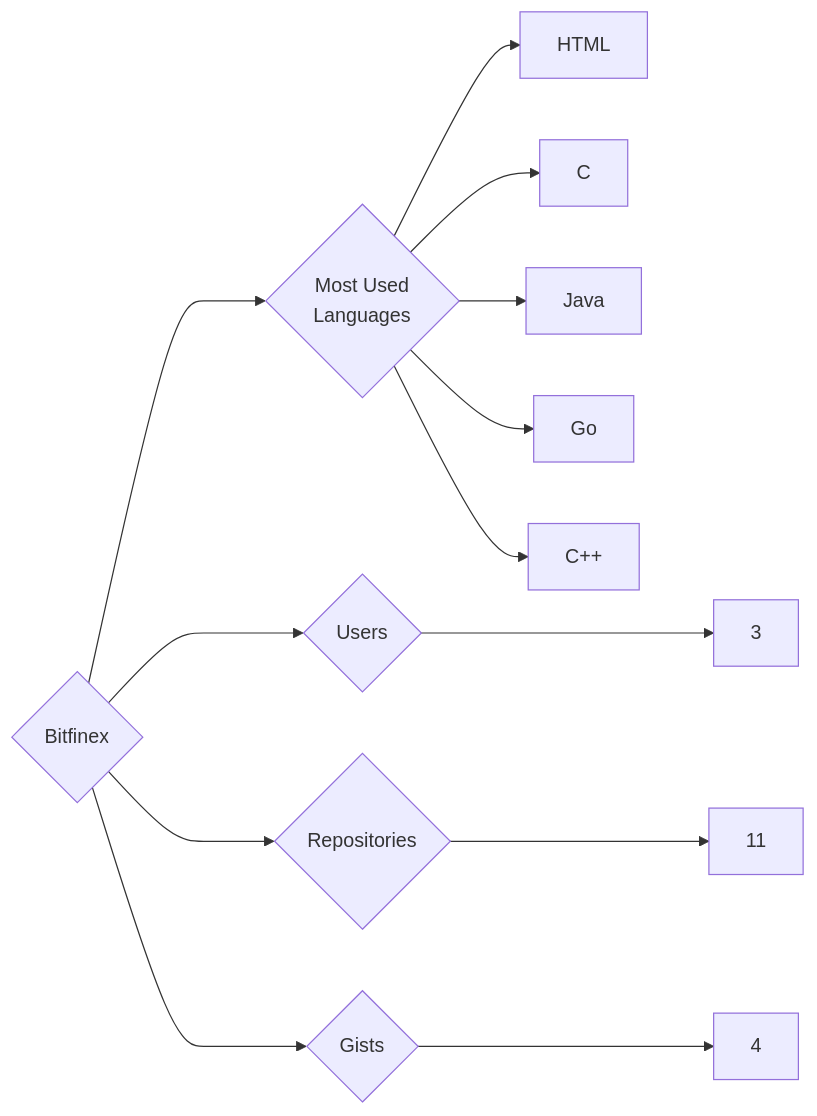
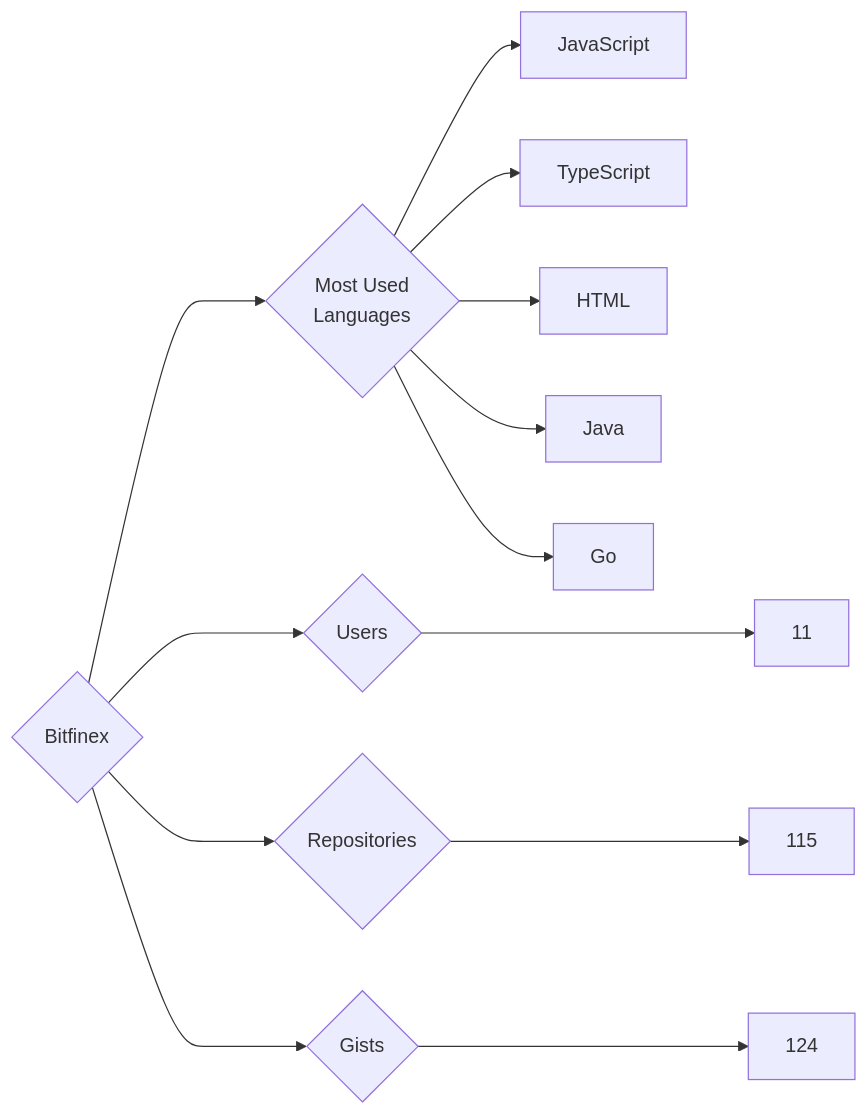
Before and after one commit to trickest/insiders: the diagram in targets/Bitfinex/README.md, drawn with Mermaid. The commit also changed 594 other files, not shown here.

````diff
--- a/targets/Bitfinex/README.md
+++ b/targets/Bitfinex/README.md
@@ -3,13 +3,13 @@
 ```mermaid
 graph LR
 COMPANY_NAME{Bitfinex}
-COMPANY_NAME ---> U{Users} ---> UN[3]
-COMPANY_NAME ---> R{Repositories} ---> RN[11]
-COMPANY_NAME ---> G{Gists} ---> GN[4]
+COMPANY_NAME ---> U{Users} ---> UN[11]
+COMPANY_NAME ---> R{Repositories} ---> RN[115]
+COMPANY_NAME ---> G{Gists} ---> GN[124]
 COMPANY_NAME ---> ML{Most Used<br>Languages}
+ML --> JavaScript[JavaScript]
+ML --> TypeScript[TypeScript]
 ML --> HTML[HTML]
-ML --> C[C]
 ML --> Java[Java]
 ML --> Go[Go]
-ML --> C++[C++]
 ```
````
